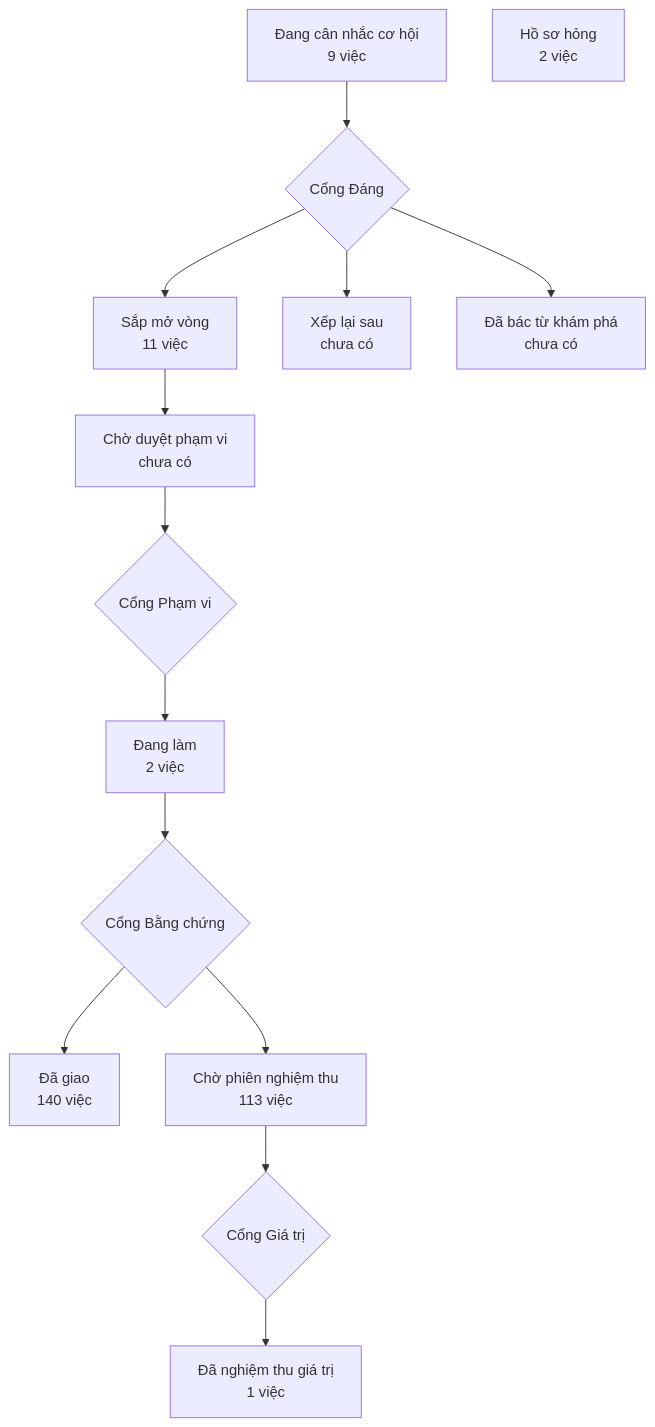
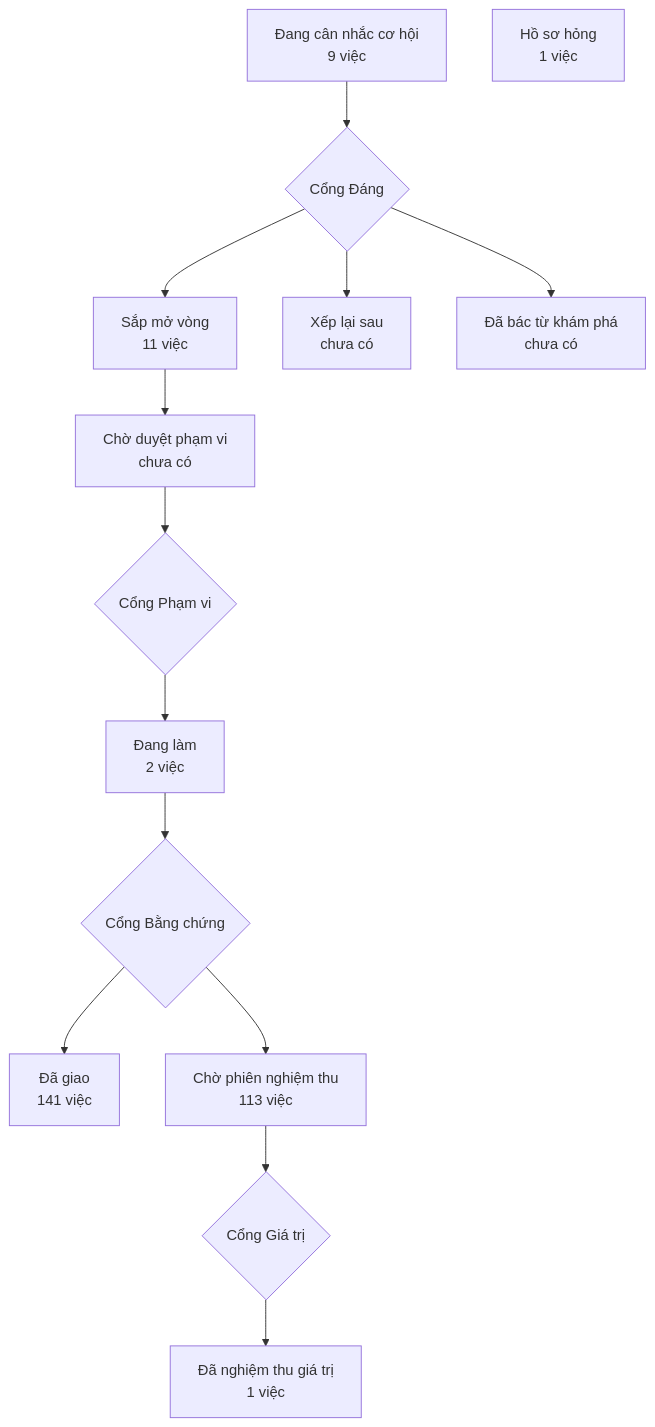
The diagram in PRODUCT-MAP.md (phanlemanh/crm-onehub), drawn with Mermaid before and after one commit. The commit also changed other lines of this file, not shown here.

Commit message:
chore(so-do-can-chinh-don-vi): vẽ lại bản đồ bằng kit 2.28 mà CI kho đang ghim

````diff
--- a/PRODUCT-MAP.md
+++ b/PRODUCT-MAP.md
@@ -7,13 +7,13 @@
 ```mermaid
 flowchart TD
   A["Đang cân nhắc cơ hội<br/>9 việc"] --> GD{"Cổng Đáng"}
   GD --> B["Sắp mở vòng<br/>11 việc"]
   GD --> XL["Xếp lại sau<br/>chưa có"]
   GD --> DB["Đã bác từ khám phá<br/>chưa có"]
   B --> CD["Chờ duyệt phạm vi<br/>chưa có"] --> GP{"Cổng Phạm vi"}
   GP --> DL["Đang làm<br/>2 việc"] --> GB{"Cổng Bằng chứng"}
-  GB --> DG["Đã giao<br/>140 việc"]
+  GB --> DG["Đã giao<br/>141 việc"]
   GB --> CN["Chờ phiên nghiệm thu<br/>113 việc"] --> GG{"Cổng Giá trị"}
   GG --> NT["Đã nghiệm thu giá trị<br/>1 việc"]
-  HS["Hồ sơ hỏng<br/>2 việc"]
+  HS["Hồ sơ hỏng<br/>1 việc"]
 ```
````
